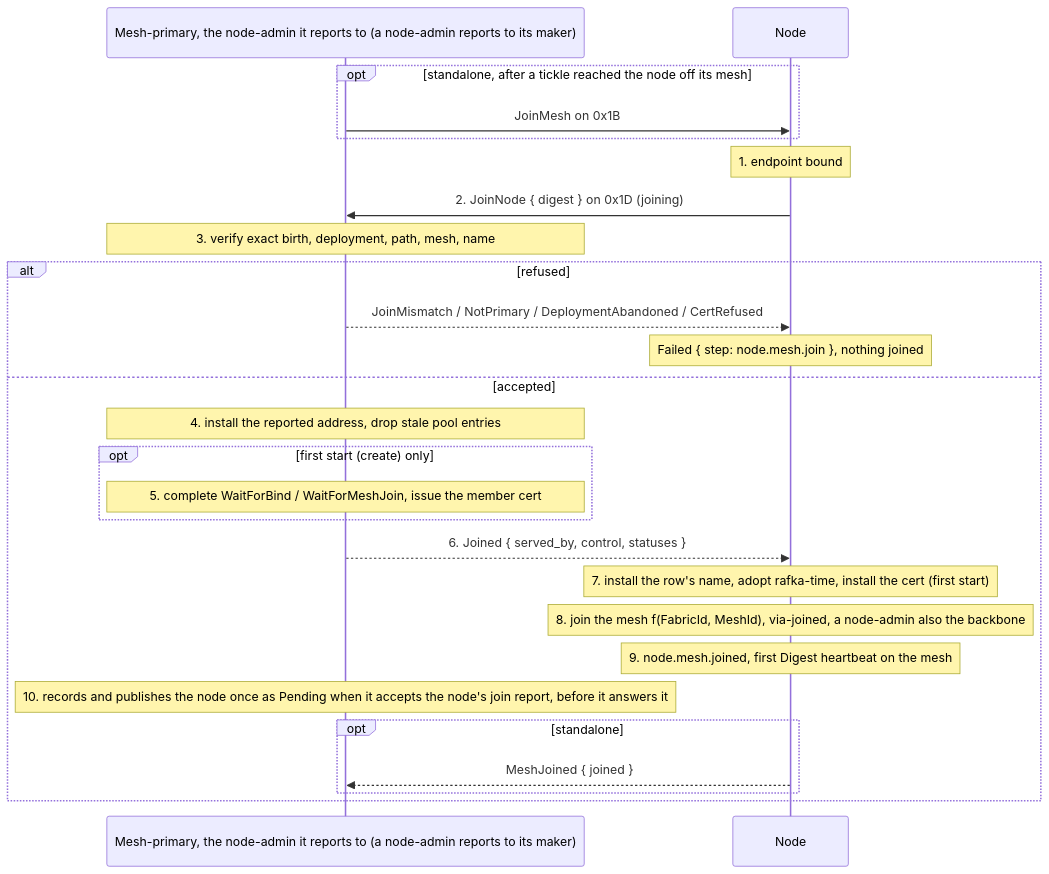
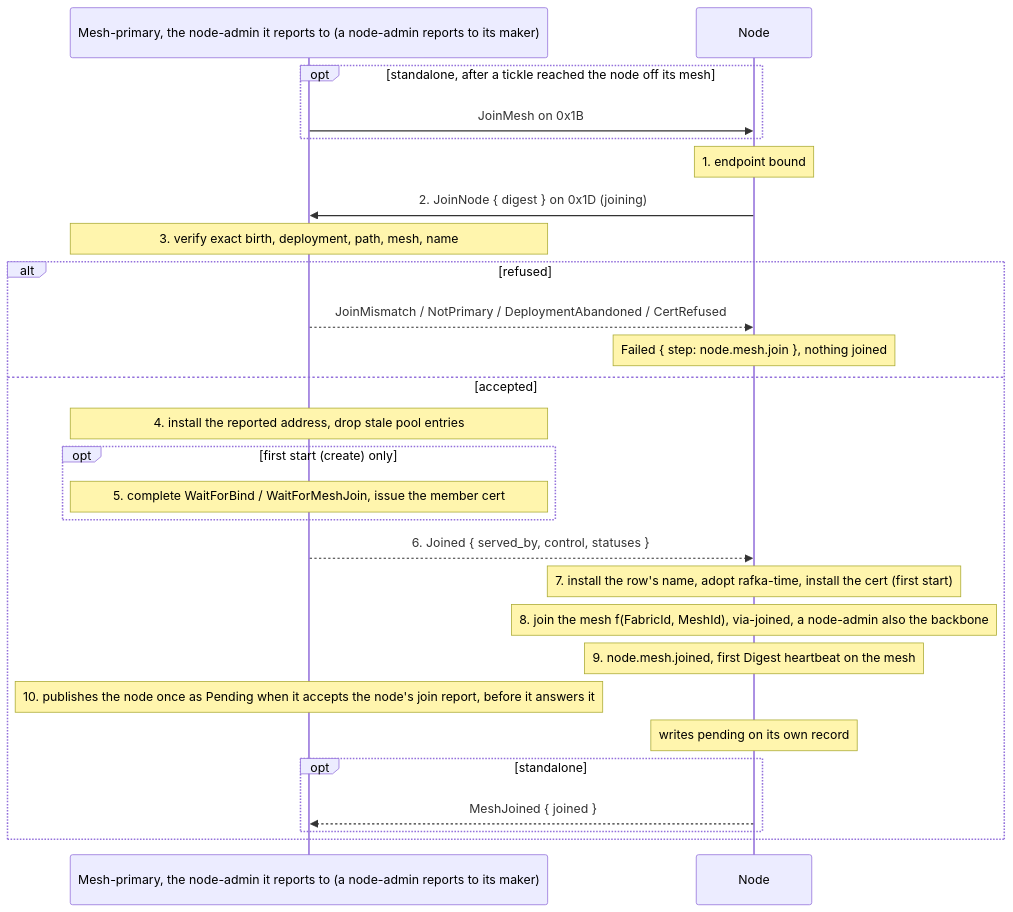
The diagram in docs/architecture/lifecycles/node-mesh-join.md (drlukeangel/rust-distributed-mesh), drawn with Mermaid before and after one commit. The commit also changed other lines of this file and 38 other files, not shown here.

First line of the commit message:
docs(architecture, Q368): every lifecycle page has States written, each state's stored line in full and its write marked in the diagram

````diff
--- a/docs/architecture/lifecycles/node-mesh-join.md
+++ b/docs/architecture/lifecycles/node-mesh-join.md
@@ -227,28 +228,29 @@
 ```mermaid
 sequenceDiagram
     participant M as Mesh-primary, the node-admin it reports to (a node-admin reports to its maker)
     participant N as Node
     opt standalone, after a tickle reached the node off its mesh
         M->>N: JoinMesh on 0x1B
     end
     Note over N: 1. endpoint bound
     N->>M: 2. JoinNode { digest } on 0x1D (joining)
     Note over M: 3. verify exact birth, deployment, path, mesh, name
     alt refused
         M-->>N: JoinMismatch / NotPrimary / DeploymentAbandoned / CertRefused
         Note over N: Failed { step: node.mesh.join }, nothing joined
     else accepted
         Note over M: 4. install the reported address, drop stale pool entries
         opt first start (create) only
             Note over M: 5. complete WaitForBind / WaitForMeshJoin, issue the member cert
         end
         M-->>N: 6. Joined { served_by, control, statuses }
         Note over N: 7. install the row's name, adopt rafka-time, install the cert (first start)
         Note over N: 8. join the mesh f(FabricId, MeshId), via-joined, a node-admin also the backbone
         Note over N: 9. node.mesh.joined, first Digest heartbeat on the mesh
-        Note over M: 10. records and publishes the node once as Pending when it accepts the node's join report, before it answers it
+        Note over M: 10. publishes the node once as Pending when it accepts the node's join report, before it answers it
+        Note over N: writes pending on its own record
         opt standalone
             N-->>M: MeshJoined { joined }
         end
     end
 ```
````
